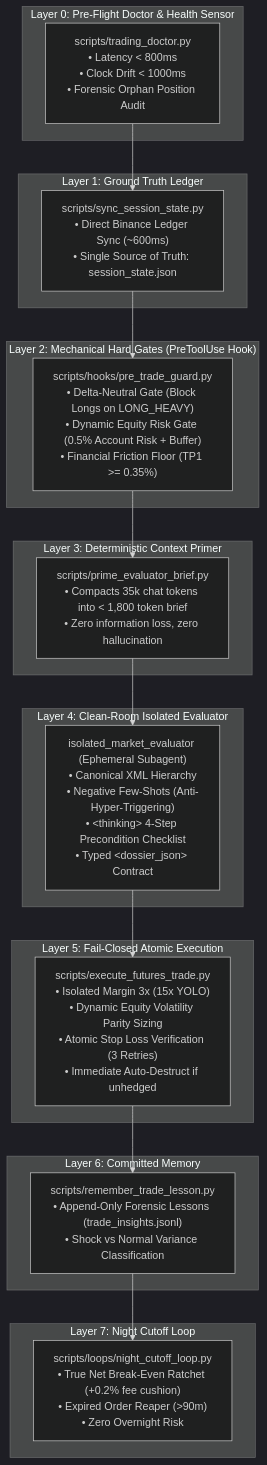
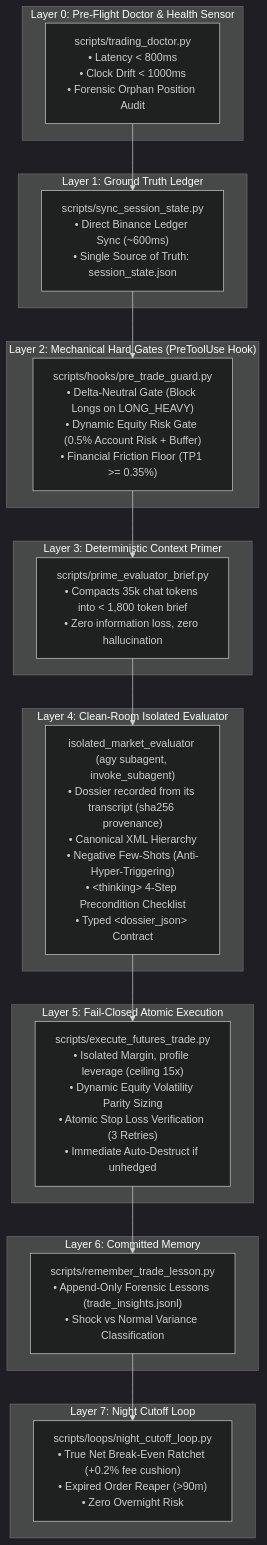
The diagram in README.md (IgnacioN99/autonomous-trading-desk), drawn with Mermaid (dark theme) before and after one commit. The commit also changed other lines of this file and 41 other files, not shown here.

````diff
--- a/README.md
+++ b/README.md
@@ -27,36 +27,36 @@
 ```mermaid
 graph TD
     subgraph L0 ["Layer 0: Pre-Flight Doctor & Health Sensor"]
         DOC["scripts/trading_doctor.py<br/>• Latency < 800ms<br/>• Clock Drift < 1000ms<br/>• Forensic Orphan Position Audit"]
     end
 
     subgraph L1 ["Layer 1: Ground Truth Ledger"]
         SYNC["scripts/sync_session_state.py<br/>• Direct Binance Ledger Sync (~600ms)<br/>• Single Source of Truth: session_state.json"]
     end
 
     subgraph L2 ["Layer 2: Mechanical Hard Gates (PreToolUse Hook)"]
         GATE["scripts/hooks/pre_trade_guard.py<br/>• Delta-Neutral Gate (Block Longs on LONG_HEAVY)<br/>• Dynamic Equity Risk Gate (0.5% Account Risk + Buffer)<br/>• Financial Friction Floor (TP1 >= 0.35%)"]
     end
 
     subgraph L3 ["Layer 3: Deterministic Context Primer"]
         BRIEF["scripts/prime_evaluator_brief.py<br/>• Compacts 35k chat tokens into &lt; 1,800 token brief<br/>• Zero information loss, zero hallucination"]
     end
 
     subgraph L4 ["Layer 4: Clean-Room Isolated Evaluator"]
-        EVAL["isolated_market_evaluator (Ephemeral Subagent)<br/>• Canonical XML Hierarchy<br/>• Negative Few-Shots (Anti-Hyper-Triggering)<br/>• &lt;thinking&gt; 4-Step Precondition Checklist<br/>• Typed &lt;dossier_json&gt; Contract"]
+        EVAL["isolated_market_evaluator (agy subagent, invoke_subagent)<br/>• Dossier recorded from its transcript (sha256 provenance)<br/>• Canonical XML Hierarchy<br/>• Negative Few-Shots (Anti-Hyper-Triggering)<br/>• &lt;thinking&gt; 4-Step Precondition Checklist<br/>• Typed &lt;dossier_json&gt; Contract"]
     end
 
     subgraph L5 ["Layer 5: Fail-Closed Atomic Execution"]
-        EXEC["scripts/execute_futures_trade.py<br/>• Isolated Margin 3x (15x YOLO)<br/>• Dynamic Equity Volatility Parity Sizing<br/>• Atomic Stop Loss Verification (3 Retries)<br/>• Immediate Auto-Destruct if unhedged"]
+        EXEC["scripts/execute_futures_trade.py<br/>• Isolated Margin, profile leverage (ceiling 15x)<br/>• Dynamic Equity Volatility Parity Sizing<br/>• Atomic Stop Loss Verification (3 Retries)<br/>• Immediate Auto-Destruct if unhedged"]
     end
 
     subgraph L6 ["Layer 6: Committed Memory"]
         MEM["scripts/remember_trade_lesson.py<br/>• Append-Only Forensic Lessons (trade_insights.jsonl)<br/>• Shock vs Normal Variance Classification"]
     end
 
     subgraph L7 ["Layer 7: Night Cutoff Loop"]
         LOOP["scripts/loops/night_cutoff_loop.py<br/>• True Net Break-Even Ratchet (+0.2% fee cushion)<br/>• Expired Order Reaper (>90m)<br/>• Zero Overnight Risk"]
     end
 
     DOC --> SYNC --> GATE --> BRIEF --> EVAL --> EXEC --> MEM --> LOOP
 ```
````
